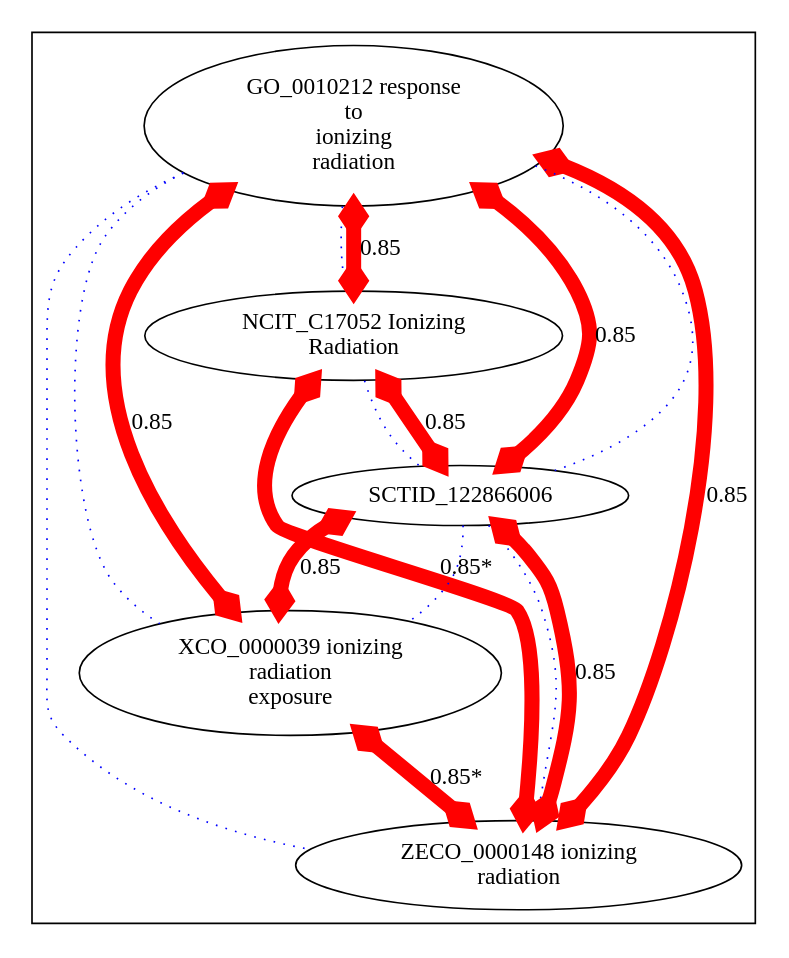
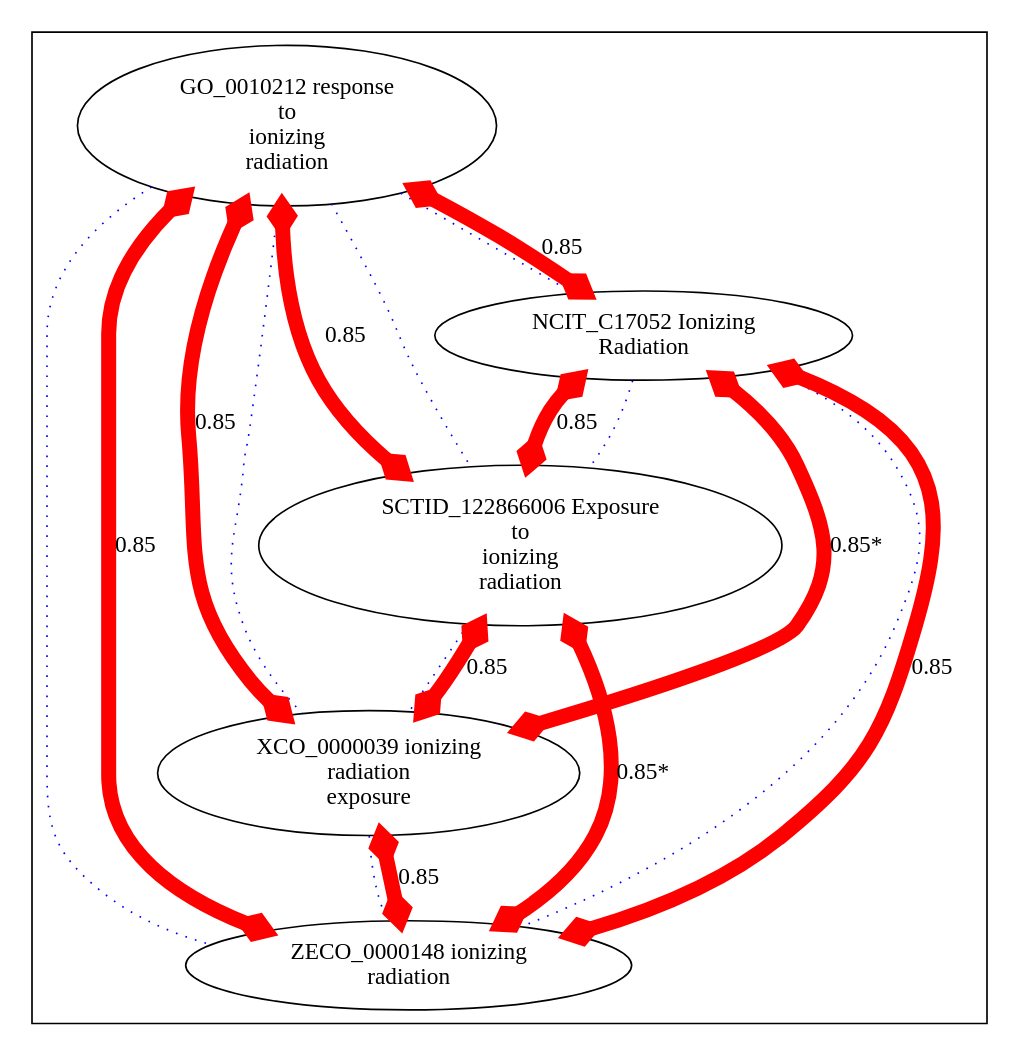
The diagram in target/img-XCO_0000039.dot (cmungall/radiation-ontology), drawn with Graphviz before and after one commit. The commit also changed 20 other files, not shown here.

```diff
--- a/target/img-XCO_0000039.dot
+++ b/target/img-XCO_0000039.dot
@@ -1,44 +1,51 @@
 digraph cliquegraph {
 subgraph cluster_XCO_0000039 {XCO_0000039 [ label="XCO_0000039 ionizing
 radiation
 exposure" ];
 ZECO_0000148 [ label="ZECO_0000148 ionizing
 radiation" ];
 NCIT_C17052 [ label="NCIT_C17052 Ionizing
 Radiation" ];
 GO_0010212 [ label="GO_0010212 response
 to
 ionizing
 radiation" ];
-SCTID_122866006 [ label="SCTID_122866006 " ];}
+SCTID_122866006 [ label="SCTID_122866006 Exposure
+to
+ionizing
+radiation" ];}
+NCIT_C17052 -> SCTID_122866006 [ arrowhead = none, penwidth=1, color=blue, label="", style=dotted]
+
 SCTID_122866006 -> XCO_0000039 [ arrowhead = none, penwidth=1, color=blue, label="", style=dotted]
+
+GO_0010212 -> ZECO_0000148 [ arrowhead = none, penwidth=1, color=blue, label="", style=dotted]
+
+GO_0010212 -> NCIT_C17052 [ arrowhead = none, penwidth=1, color=blue, label="", style=dotted]
 
 GO_0010212 -> SCTID_122866006 [ arrowhead = none, penwidth=1, color=blue, label="", style=dotted]
 
-NCIT_C17052 -> SCTID_122866006 [ arrowhead = none, penwidth=1, color=blue, label="", style=dotted]
-
-GO_0010212 -> ZECO_0000148 [ arrowhead = none, penwidth=1, color=blue, label="", style=dotted]
-
-SCTID_122866006 -> ZECO_0000148 [ arrowhead = none, penwidth=1, color=blue, label="", style=dotted]
-
-GO_0010212 -> NCIT_C17052 [ arrowhead = none, penwidth=1, color=blue, label="", style=dotted]
+XCO_0000039 -> ZECO_0000148 [ arrowhead = none, penwidth=1, color=blue, label="", style=dotted]
 
 GO_0010212 -> XCO_0000039 [ arrowhead = none, penwidth=1, color=blue, label="", style=dotted]
-SCTID_122866006 -> ZECO_0000148 [ arrowhead = ediamond, penwidth=9, color=red, label="0.85", style=solid, arrowtail=ediamond, dir=both]
 
+NCIT_C17052 -> ZECO_0000148 [ arrowhead = none, penwidth=1, color=blue, label="", style=dotted]
 GO_0010212 -> XCO_0000039 [ arrowhead = ediamond, penwidth=9, color=red, label="0.85", style=solid, arrowtail=ediamond, dir=both]
+
+SCTID_122866006 -> ZECO_0000148 [ arrowhead = ediamond, penwidth=9, color=red, label="0.85*", style=solid, arrowtail=ediamond, dir=both]
 
 NCIT_C17052 -> SCTID_122866006 [ arrowhead = ediamond, penwidth=9, color=red, label="0.85", style=solid, arrowtail=ediamond, dir=both]
 
 GO_0010212 -> NCIT_C17052 [ arrowhead = ediamond, penwidth=9, color=red, label="0.85", style=solid, arrowtail=ediamond, dir=both]
 
 GO_0010212 -> SCTID_122866006 [ arrowhead = ediamond, penwidth=9, color=red, label="0.85", style=solid, arrowtail=ediamond, dir=both]
 
 SCTID_122866006 -> XCO_0000039 [ arrowhead = ediamond, penwidth=9, color=red, label="0.85", style=solid, arrowtail=ediamond, dir=both]
 
 GO_0010212 -> ZECO_0000148 [ arrowhead = ediamond, penwidth=9, color=red, label="0.85", style=solid, arrowtail=ediamond, dir=both]
 
-XCO_0000039 -> ZECO_0000148 [ arrowhead = ediamond, penwidth=9, color=red, label="0.85*", style=solid, arrowtail=ediamond, dir=both]
+XCO_0000039 -> ZECO_0000148 [ arrowhead = ediamond, penwidth=9, color=red, label="0.85", style=solid, arrowtail=ediamond, dir=both]
 
-NCIT_C17052 -> ZECO_0000148 [ arrowhead = ediamond, penwidth=9, color=red, label="0.85*", style=solid, arrowtail=ediamond, dir=both]
+NCIT_C17052 -> ZECO_0000148 [ arrowhead = ediamond, penwidth=9, color=red, label="0.85", style=solid, arrowtail=ediamond, dir=both]
+
+NCIT_C17052 -> XCO_0000039 [ arrowhead = ediamond, penwidth=9, color=red, label="0.85*", style=solid, arrowtail=ediamond, dir=both]
 }
```
